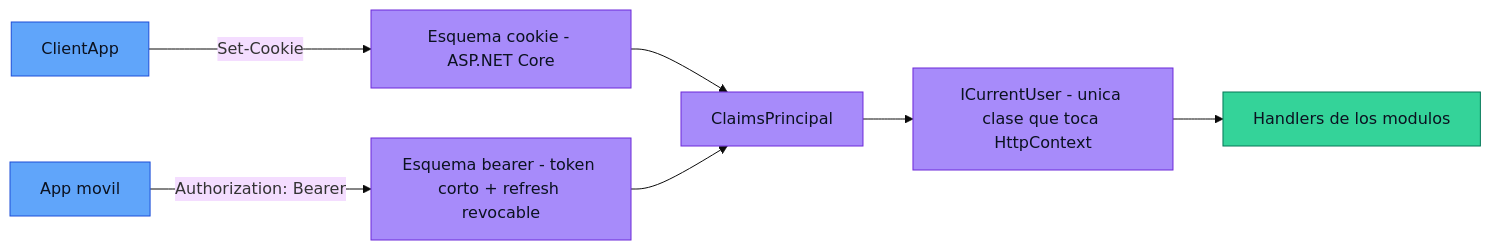
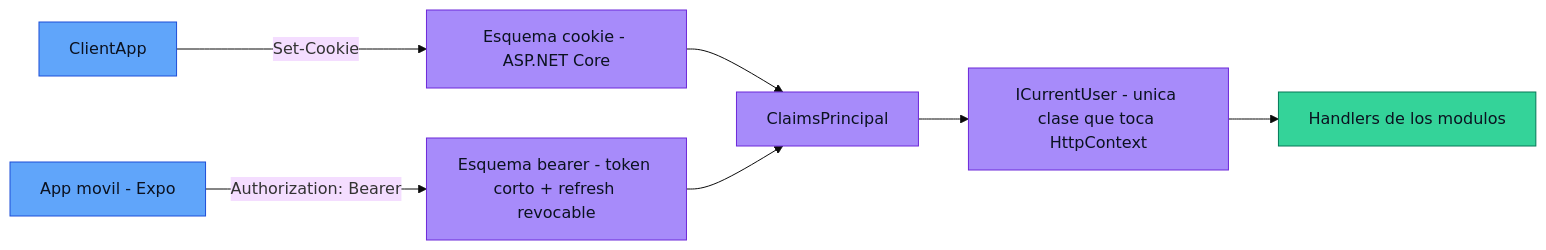
Before and after one commit to S3-Simple-Software-Solutions/CSH: the third of 13 diagrams in docs/diagramas.md, drawn with Mermaid (base theme). The commit also changed other lines of this file, not shown here.

First line of the commit message:
docs(diagramas): fijar el alcance del movil como app del aficionado en Expo

````diff
--- a/docs/diagramas.md
+++ b/docs/diagramas.md
@@ -103,19 +103,19 @@
 ```mermaid
 flowchart LR
     classDef cliente fill:#60a5fa,color:#0b1220,stroke:#1d4ed8
     classDef host fill:#a78bfa,color:#0b1220,stroke:#6d28d9
     classDef logica fill:#34d399,color:#0b1220,stroke:#047857
 
     SPA[ClientApp]:::cliente
-    Movil[App movil]:::cliente
+    Movil["App movil - Expo"]:::cliente
 
     Cookie["Esquema cookie - ASP.NET Core"]:::host
     Bearer["Esquema bearer - token corto + refresh revocable"]:::host
     Principal[ClaimsPrincipal]:::host
     CU["ICurrentUser - unica clase que toca HttpContext"]:::host
     Handlers["Handlers de los modulos"]:::logica
 
     SPA -->|"Set-Cookie"| Cookie --> Principal
     Movil -->|"Authorization: Bearer"| Bearer --> Principal
     Principal --> CU --> Handlers
 ```
````
